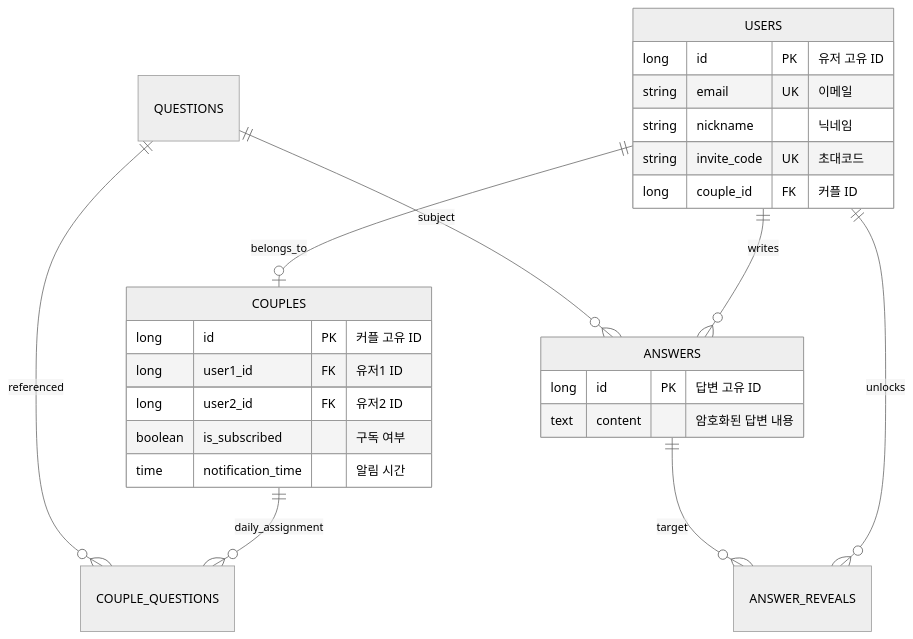
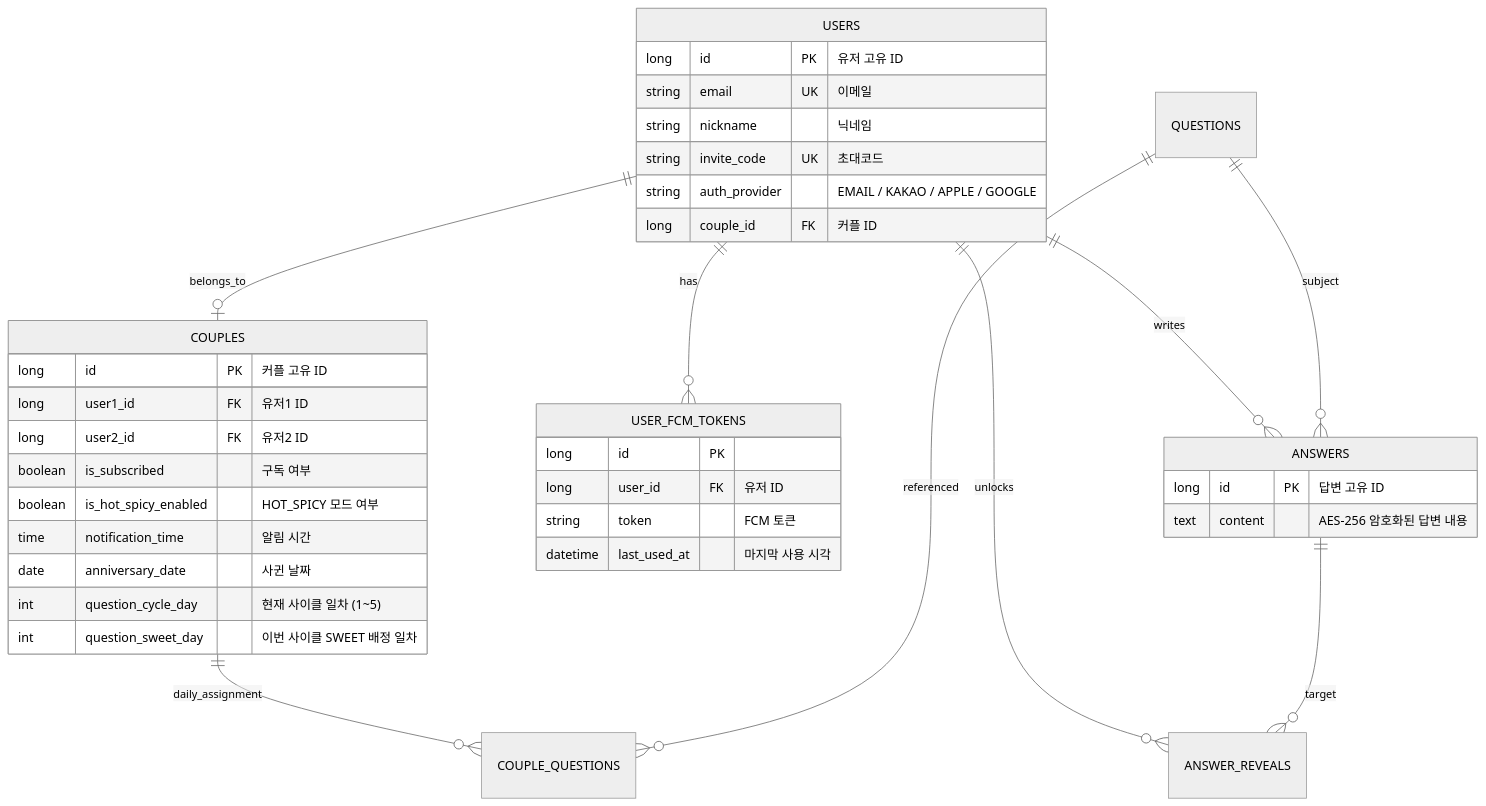
Before and after one commit to un-lock/unlock-backend: the diagram in README.md, drawn with Mermaid (neutral theme). The commit also changed other lines of this file, not shown here.

Commit message:
[docs] README 기술 스택 및 ERD 최신화
- Auth: Apple Sign In, Google OAuth2 추가
- Push: Firebase FCM 항목 신설
- 기술 해결 사례: AdMob SSV 섹션 추가
- ERD: USER_FCM_TOKENS 테이블 추가, COUPLES 신규 컬럼 반영

````diff
--- a/README.md
+++ b/README.md
@@ -59,29 +65,41 @@
 ```mermaid
 erDiagram
     USERS ||--o| COUPLES : "belongs_to"
+    USERS ||--o{ USER_FCM_TOKENS : "has"
     COUPLES ||--o{ COUPLE_QUESTIONS : "daily_assignment"
     QUESTIONS ||--o{ COUPLE_QUESTIONS : "referenced"
     USERS ||--o{ ANSWERS : "writes"
     QUESTIONS ||--o{ ANSWERS : "subject"
     USERS ||--o{ ANSWER_REVEALS : "unlocks"
     ANSWERS ||--o{ ANSWER_REVEALS : "target"
 
     USERS {
         long id PK "유저 고유 ID"
         string email UK "이메일"
         string nickname "닉네임"
         string invite_code UK "초대코드"
+        string auth_provider "EMAIL / KAKAO / APPLE / GOOGLE"
         long couple_id FK "커플 ID"
+    }
+    USER_FCM_TOKENS {
+        long id PK
+        long user_id FK "유저 ID"
+        string token "FCM 토큰"
+        datetime last_used_at "마지막 사용 시각"
     }
     COUPLES {
         long id PK "커플 고유 ID"
         long user1_id FK "유저1 ID"
         long user2_id FK "유저2 ID"
         boolean is_subscribed "구독 여부"
+        boolean is_hot_spicy_enabled "HOT_SPICY 모드 여부"
         time notification_time "알림 시간"
+        date anniversary_date "사귄 날짜"
+        int question_cycle_day "현재 사이클 일차 (1~5)"
+        int question_sweet_day "이번 사이클 SWEET 배정 일차"
     }
     ANSWERS {
         long id PK "답변 고유 ID"
-        text content "암호화된 답변 내용"
+        text content "AES-256 암호화된 답변 내용"
     }
 ```
````
